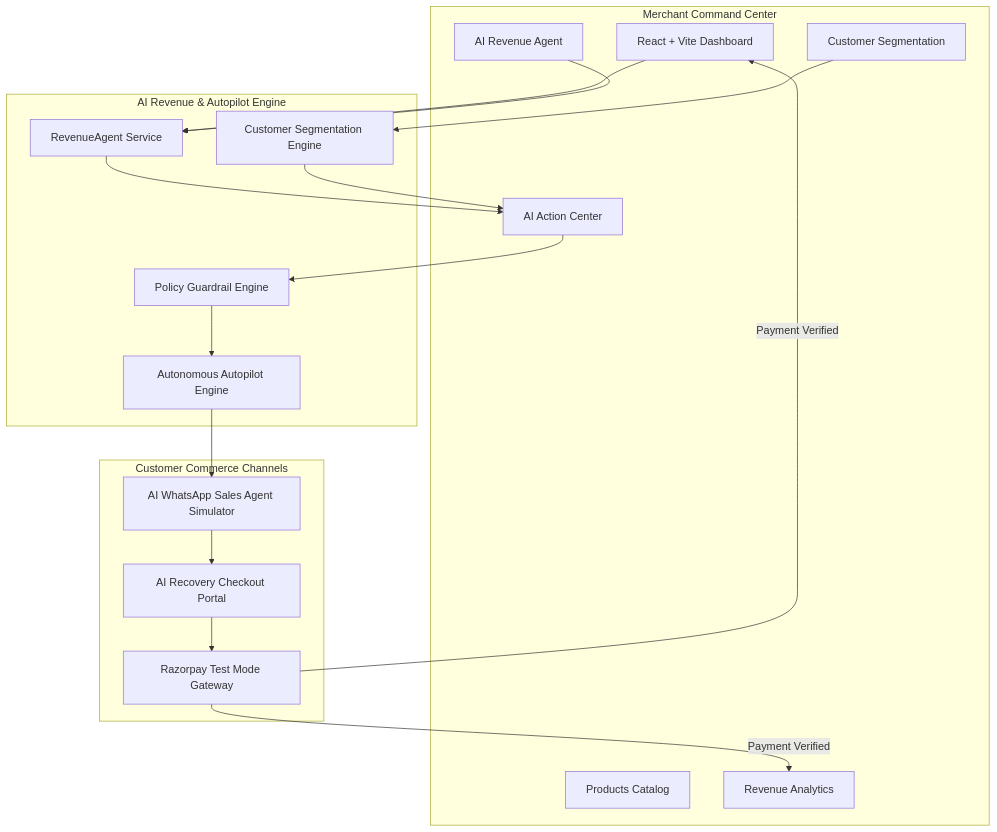
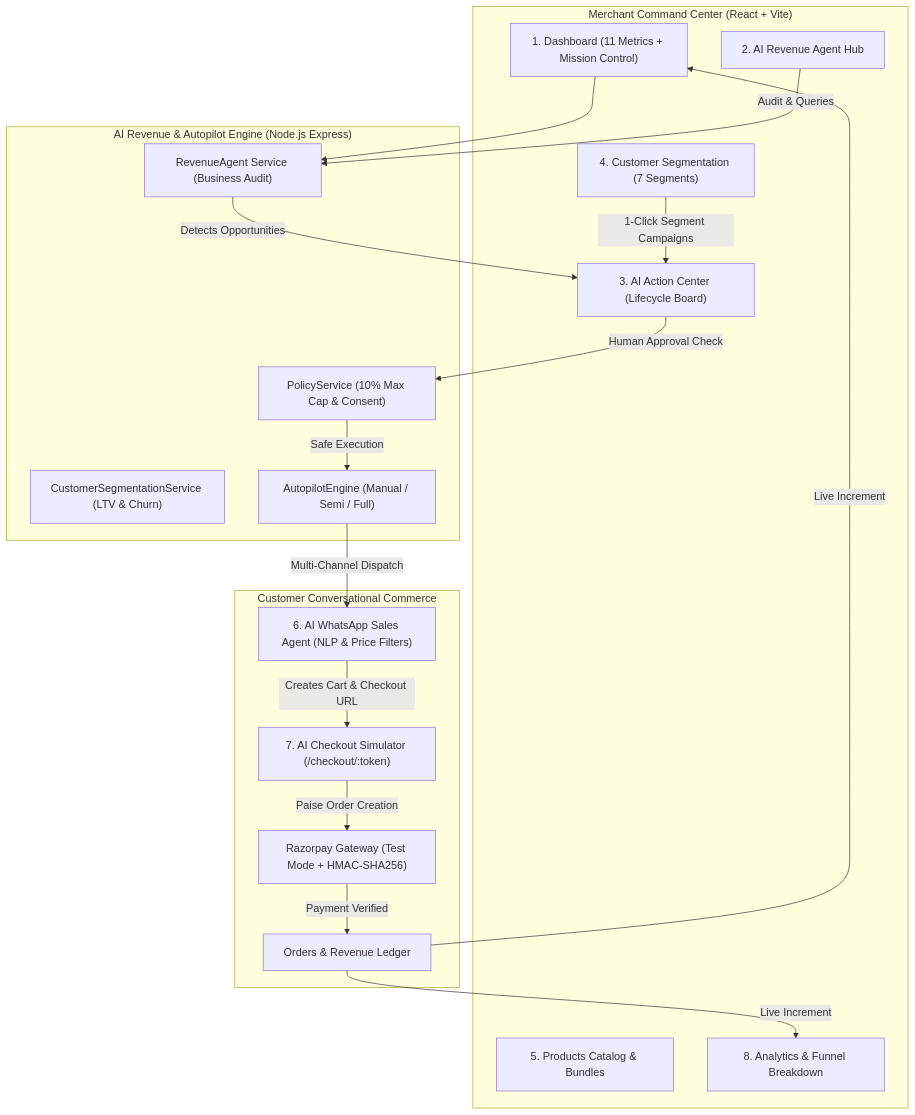
The first of 2 diagrams in README.md (Vedansh5674/RazorAgent), drawn with Mermaid before and after one commit. The commit also changed other lines of this file, not shown here.

Commit message:
docs: comprehensive GitHub README with architecture diagrams and 7 core features

````diff
--- a/README.md
+++ b/README.md
@@ -63,37 +67,38 @@
 ```mermaid
 flowchart TD
-    subgraph Merchant_Experience ["Merchant Command Center"]
-        Portal[React + Vite Dashboard]
-        AIAgent[AI Revenue Agent]
-        ActionCenter[AI Action Center]
-        Customers[Customer Segmentation]
-        Products[Products Catalog]
-        Analytics[Revenue Analytics]
+    subgraph Merchant_Experience ["Merchant Command Center (React + Vite)"]
+        Dashboard["1. Dashboard (11 Metrics + Mission Control)"]
+        RevAgentUI["2. AI Revenue Agent Hub"]
+        ActionCenter["3. AI Action Center (Lifecycle Board)"]
+        CustomersUI["4. Customer Segmentation (7 Segments)"]
+        ProductsUI["5. Products Catalog & Bundles"]
+        AnalyticsUI["8. Analytics & Funnel Breakdown"]
     end
 
-    subgraph Autonomous_Core ["AI Revenue & Autopilot Engine"]
-        RevAgent[RevenueAgent Service]
-        SegService[Customer Segmentation Engine]
-        PolicyEngine[Policy Guardrail Engine]
-        AutopilotEngine[Autonomous Autopilot Engine]
+    subgraph Autonomous_Core ["AI Revenue & Autopilot Engine (Node.js Express)"]
+        RevEngine["RevenueAgent Service (Business Audit)"]
+        SegEngine["CustomerSegmentationService (LTV & Churn)"]
+        Guardrails["PolicyService (10% Max Cap & Consent)"]
+        Autopilot["AutopilotEngine (Manual / Semi / Full)"]
     end
 
-    subgraph Customer_Touchpoints ["Customer Commerce Channels"]
-        WASim[AI WhatsApp Sales Agent Simulator]
-        Checkout[AI Recovery Checkout Portal]
-        RzpGateway[Razorpay Test Mode Gateway]
+    subgraph Customer_Touchpoints ["Customer Conversational Commerce"]
+        WASim["6. AI WhatsApp Sales Agent (NLP & Price Filters)"]
+        CheckoutSim["7. AI Checkout Simulator (/checkout/:token)"]
+        Razorpay["Razorpay Gateway (Test Mode + HMAC-SHA256)"]
+        OrderLedger["Orders & Revenue Ledger"]
     end
 
-    Portal --> RevAgent
-    AIAgent --> RevAgent
-    RevAgent --> ActionCenter
-    Customers --> SegService
-    SegService --> ActionCenter
-    ActionCenter --> PolicyEngine
-    PolicyEngine --> AutopilotEngine
-    AutopilotEngine --> WASim
-    WASim --> Checkout
-    Checkout --> RzpGateway
-    RzpGateway -->|Payment Verified| Portal
-    RzpGateway -->|Payment Verified| Analytics
+    Dashboard --> RevEngine
+    RevAgentUI -->|Audit & Queries| RevEngine
+    RevEngine -->|Detects Opportunities| ActionCenter
+    CustomersUI -->|1-Click Segment Campaigns| ActionCenter
+    ActionCenter -->|Human Approval Check| Guardrails
+    Guardrails -->|Safe Execution| Autopilot
+    Autopilot -->|Multi-Channel Dispatch| WASim
+    WASim -->|Creates Cart & Checkout URL| CheckoutSim
+    CheckoutSim -->|Paise Order Creation| Razorpay
+    Razorpay -->|Payment Verified| OrderLedger
+    OrderLedger -->|Live Increment| Dashboard
+    OrderLedger -->|Live Increment| AnalyticsUI
 ```
````
